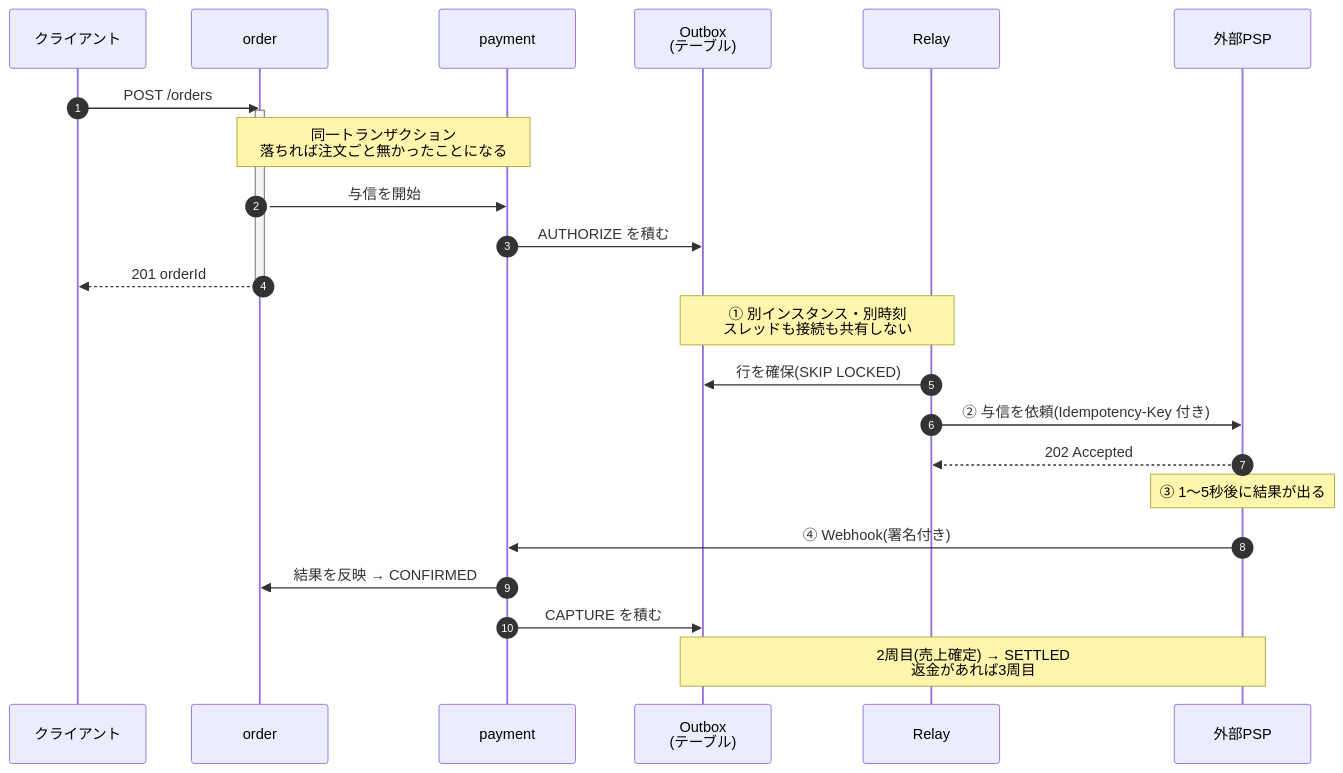
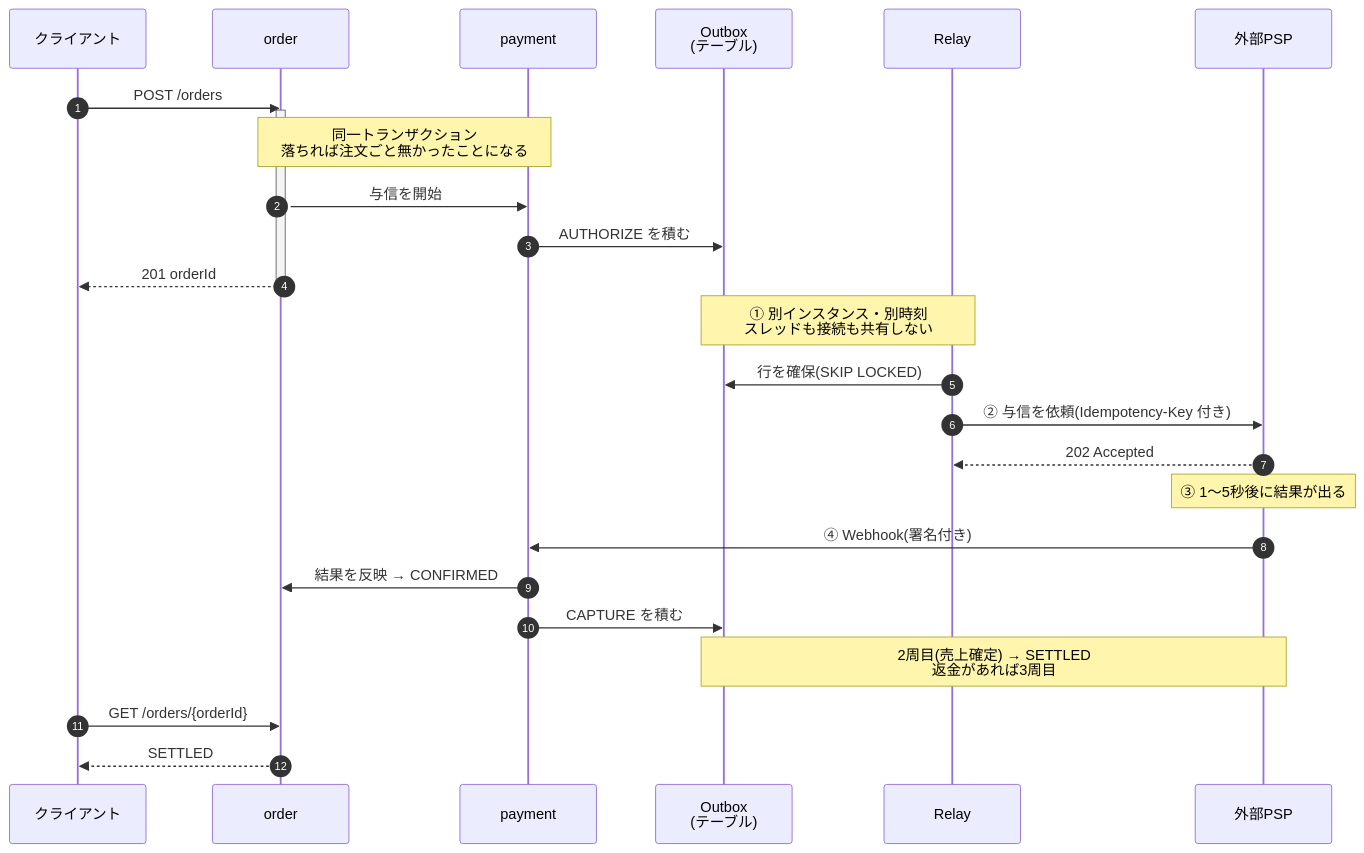
Before and after one commit to mizuna325/settlement: the first of 2 diagrams in README.md, drawn with Mermaid. The commit also changed other lines of this file, not shown here.

Commit message:
show that the client polls for the result
シーケンス図が Outbox に CAPTURE を積んだところで終わっており、
クライアントがどうやって結果を知るのかが描かれていなかった。

実際には押し通知の仕組みは無い。order 側の外向きの口は
POST /orders と POST /orders/{id}/refunds と GET /orders/{orderId} だけで、
コールバックも SSE も WebSocket も無い。クライアントは照会APIを
叩いて確かめる。

図に最後の2行を足し、通知を行わない理由も書いた。押し通知を実装すれば
宛先の管理・到達保証・再送・重複排除が必要になるが、それはPSPとの間で
既に解いている問題であり、同じ構造をもう一組作ることになる。利用者が
1種類しかいない現状では割に合わない。

スコープ外にも線引きとして記録した。他の項目と同じく、やり残しではなく
判断であることを示すため。

````diff
--- a/README.md
+++ b/README.md
@@ -13,29 +13,32 @@
 ```mermaid
 sequenceDiagram
     autonumber
     participant C as クライアント
     participant O as order
     participant P as payment
     participant DB as Outbox<br/>(テーブル)
     participant R as Relay
     participant PSP as 外部PSP
 
     C->>O: POST /orders
     activate O
     Note over O,P: 同一トランザクション<br/>落ちれば注文ごと無かったことになる
     O->>P: 与信を開始
     P->>DB: AUTHORIZE を積む
     O-->>C: 201 orderId
     deactivate O
 
     Note over DB,R: ① 別インスタンス・別時刻<br/>スレッドも接続も共有しない
     R->>DB: 行を確保(SKIP LOCKED)
     R->>PSP: ② 与信を依頼(Idempotency-Key 付き)
     PSP-->>R: 202 Accepted
     Note over PSP: ③ 1〜5秒後に結果が出る
     PSP->>P: ④ Webhook(署名付き)
     P->>O: 結果を反映 → CONFIRMED
     P->>DB: CAPTURE を積む
 
     Note over DB,PSP: 2周目(売上確定) → SETTLED<br/>返金があれば3周目
+
+    C->>O: GET /orders/{orderId}
+    O-->>C: SETTLED
 ```
````
